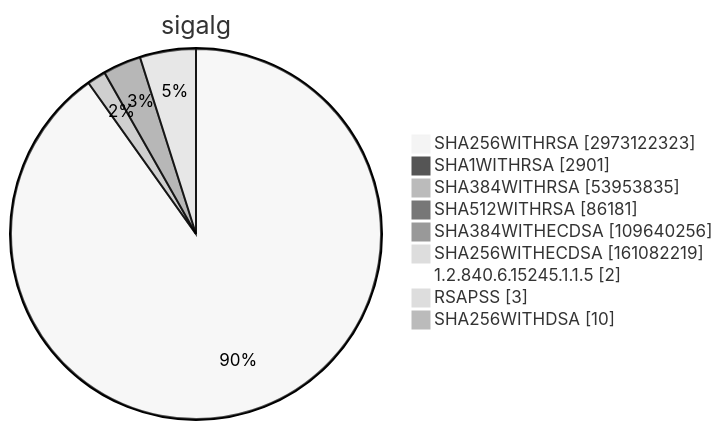
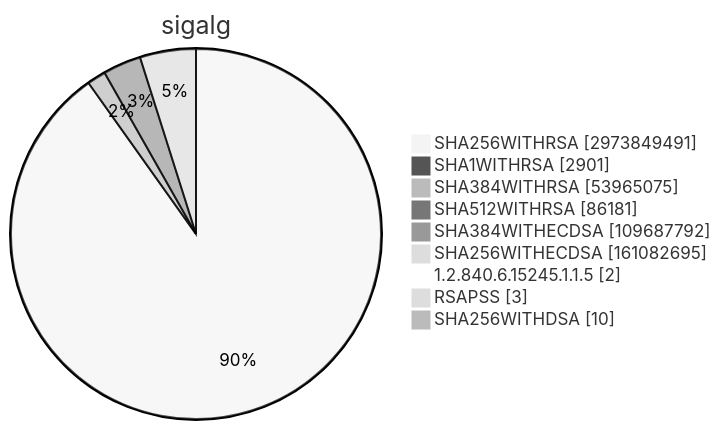
Before and after one commit to christiankrug/ctmonitor_visualization: diagram 15 of 15 in TOTAL/README.md, drawn with Mermaid (neutral theme). The commit also changed other lines of this file, not shown here.

````diff
--- a/TOTAL/README.md
+++ b/TOTAL/README.md
@@ -6208,13 +6208,13 @@
 ```mermaid
 pie showData
 title sigalg
-"SHA256WITHRSA" :2973122323
+"SHA256WITHRSA" :2973849491
 "SHA1WITHRSA" :2901
-"SHA384WITHRSA" :53953835
+"SHA384WITHRSA" :53965075
 "SHA512WITHRSA" :86181
-"SHA384WITHECDSA" :109640256
-"SHA256WITHECDSA" :161082219
+"SHA384WITHECDSA" :109687792
+"SHA256WITHECDSA" :161082695
 "1.2.840.6.15245.1.1.5" :2
 "RSAPSS" :3
 "SHA256WITHDSA" :10
 ```
````
